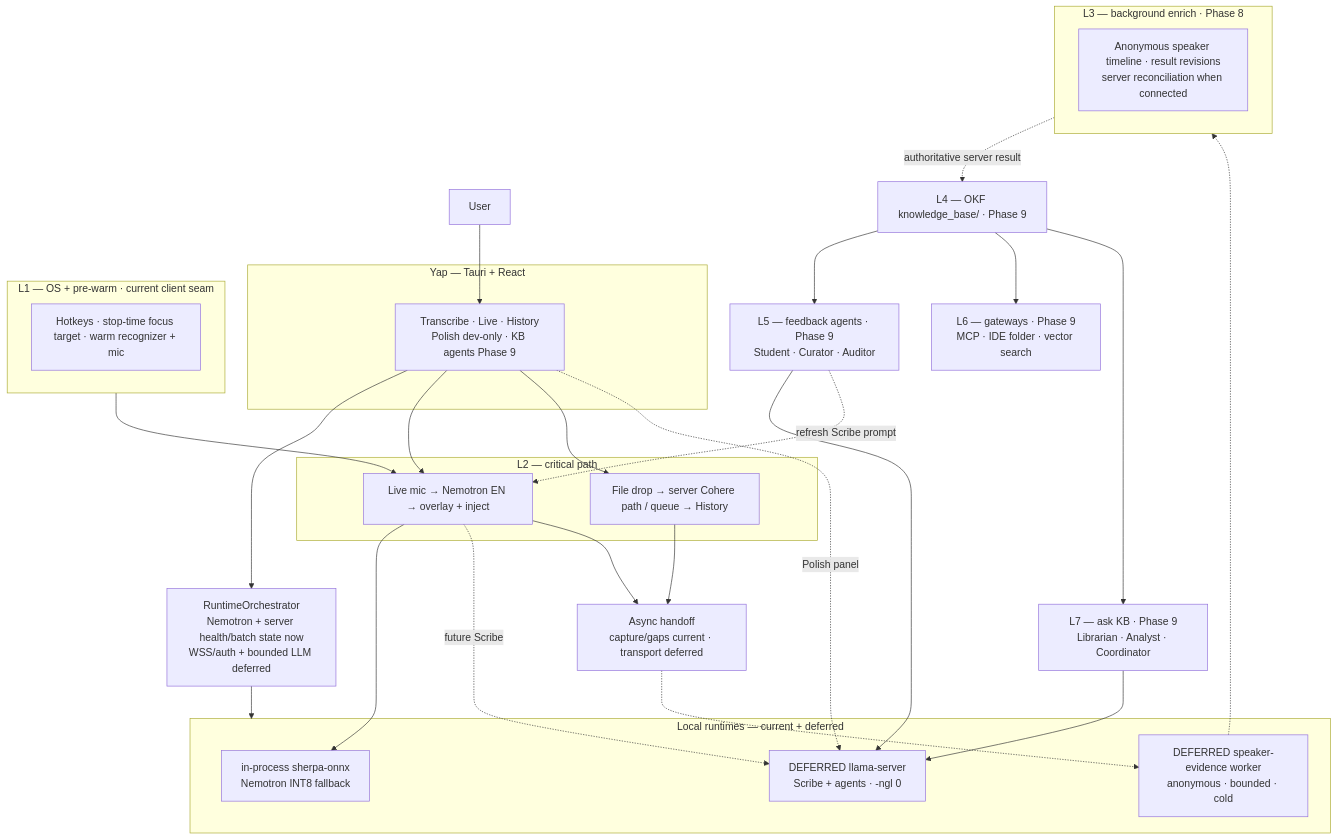
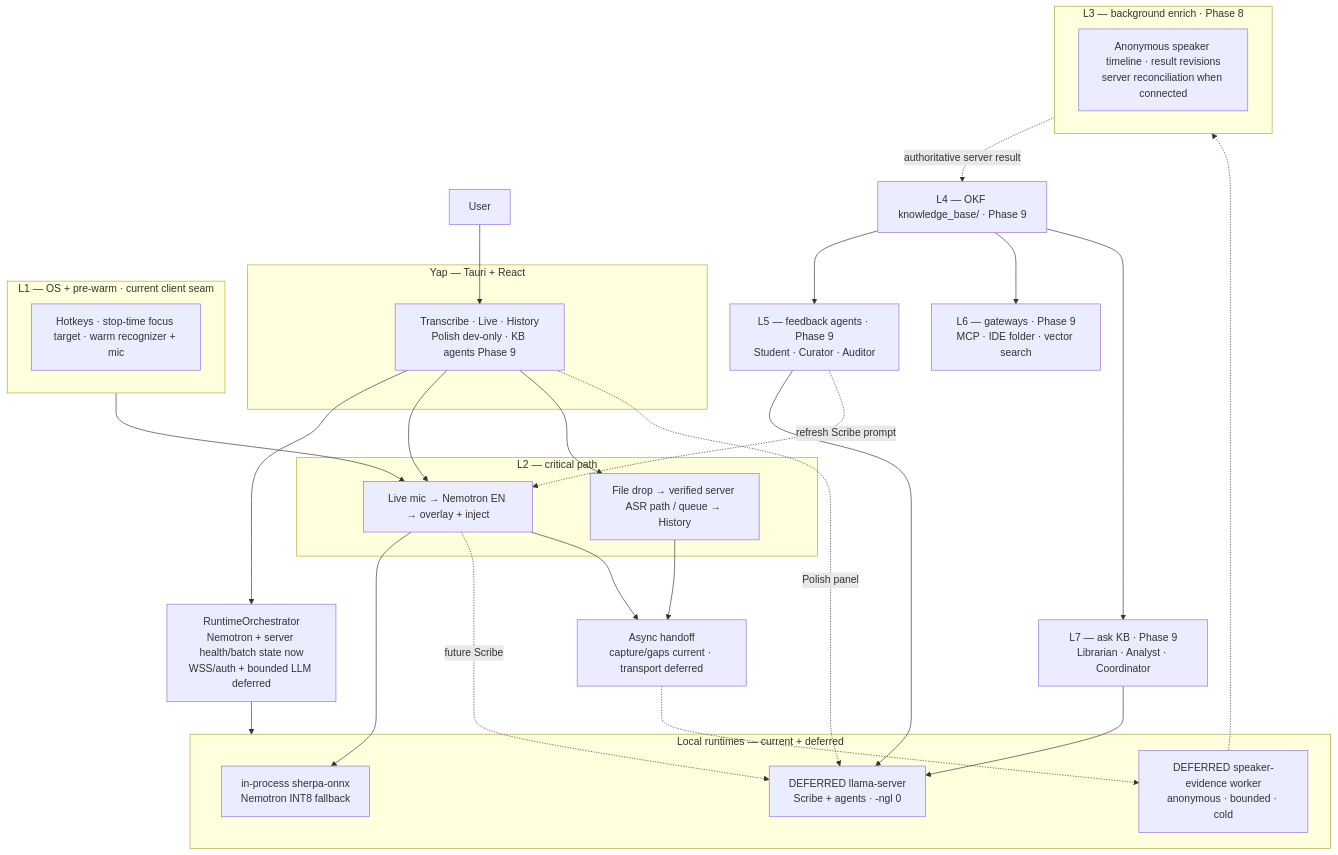
Before and after one commit to ZoOtMcNoOt/yap: the first of 4 diagrams in docs/VOICE-OS-ARCHITECTURE.md, drawn with Mermaid. The commit also changed other lines of this file and 9 other files, not shown here.

````diff
--- a/docs/VOICE-OS-ARCHITECTURE.md
+++ b/docs/VOICE-OS-ARCHITECTURE.md
@@ -125,54 +126,54 @@
 ```mermaid
 flowchart TB
     User["User"]
 
     subgraph Yap["Yap — Tauri + React"]
         UI["Transcribe · Live · History<br/>Polish dev-only · KB agents Phase 9"]
     end
 
     Orch["RuntimeOrchestrator<br/>Nemotron + server health/batch state now<br/>WSS/auth + bounded LLM deferred"]
 
     subgraph Sidecars["Local runtimes — current + deferred"]
         CR["in-process sherpa-onnx<br/>Nemotron INT8 fallback"]
         LL["DEFERRED llama-server<br/>Scribe + agents · -ngl 0"]
         KW["DEFERRED speaker-evidence worker<br/>anonymous · bounded · cold"]
     end
 
     subgraph L1["L1 — OS + pre-warm · current client seam"]
         L1n["Hotkeys · stop-time focus target · warm recognizer + mic"]
     end
 
     subgraph L2["L2 — critical path"]
         Live["Live mic → Nemotron EN → overlay + inject"]
-        Batch["File drop → server Cohere path / queue → History"]
+        Batch["File drop → verified server ASR path / queue → History"]
     end
 
     Handoff["Async handoff<br/>capture/gaps current · transport deferred"]
 
     subgraph L3["L3 — background enrich · Phase 8"]
         L3n["Anonymous speaker timeline · result revisions<br/>server reconciliation when connected"]
     end
 
     L4["L4 — OKF knowledge_base/ · Phase 9"]
     L5["L5 — feedback agents · Phase 9<br/>Student · Curator · Auditor"]
     L6["L6 — gateways · Phase 9<br/>MCP · IDE folder · vector search"]
     L7["L7 — ask KB · Phase 9<br/>Librarian · Analyst · Coordinator"]
 
     User --> UI --> Orch
     Orch --> Sidecars
     L1 --> Live
     UI --> Live
     UI --> Batch
     Live --> CR
     Live -.->|future Scribe| LL
     UI -.->|Polish panel| LL
     Live --> Handoff
     Batch --> Handoff
     Handoff -.-> KW
     KW -.-> L3
     L3 -.->|authoritative server result| L4
     L4 --> L5 & L6 & L7
     L5 --> LL
     L7 --> LL
     L5 -.->|refresh Scribe prompt| Live
 ```
````
